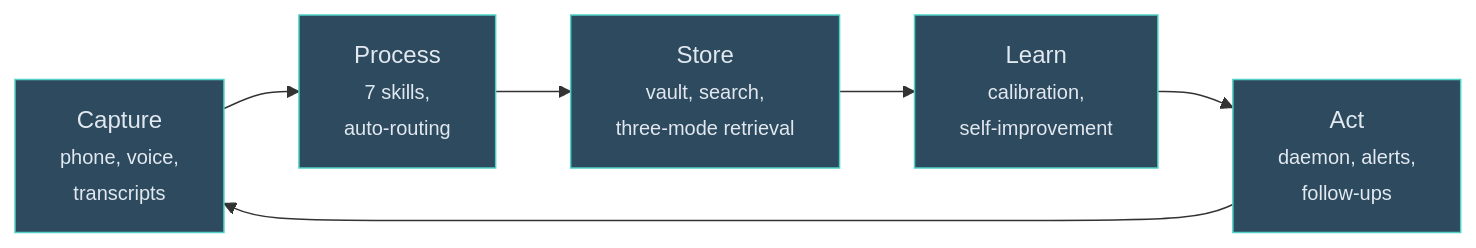
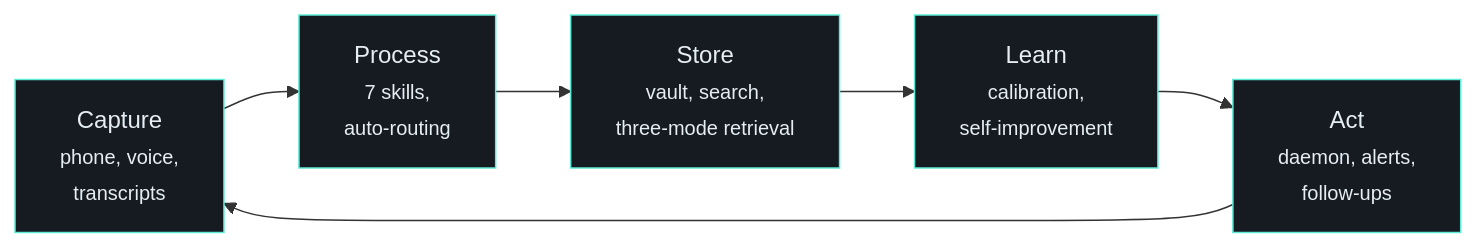
The diagram in docs/index.md (sovrana/qm-os), drawn with Mermaid before and after one commit. The commit also changed 5 other files, not shown here.

````diff
--- a/docs/index.md
+++ b/docs/index.md
@@ -24,14 +24,14 @@
 ```mermaid
 graph LR
     A["Capture<br/><small>phone, voice,<br/>transcripts</small>"] --> B["Process<br/><small>7 skills,<br/>auto-routing</small>"]
     B --> C["Store<br/><small>vault, search,<br/>three-mode retrieval</small>"]
     C --> D["Learn<br/><small>calibration,<br/>self-improvement</small>"]
     D --> E["Act<br/><small>daemon, alerts,<br/>follow-ups</small>"]
     E --> A
 
-    style A fill:#2d4a5e,stroke:#4fd1c5,color:#e2e8f0
-    style B fill:#2d4a5e,stroke:#4fd1c5,color:#e2e8f0
-    style C fill:#2d4a5e,stroke:#4fd1c5,color:#e2e8f0
-    style D fill:#2d4a5e,stroke:#4fd1c5,color:#e2e8f0
-    style E fill:#2d4a5e,stroke:#4fd1c5,color:#e2e8f0
+    style A fill:#161b22,stroke:#5eead4,color:#e6edf3
+    style B fill:#161b22,stroke:#5eead4,color:#e6edf3
+    style C fill:#161b22,stroke:#5eead4,color:#e6edf3
+    style D fill:#161b22,stroke:#5eead4,color:#e6edf3
+    style E fill:#161b22,stroke:#5eead4,color:#e6edf3
 ```
````
